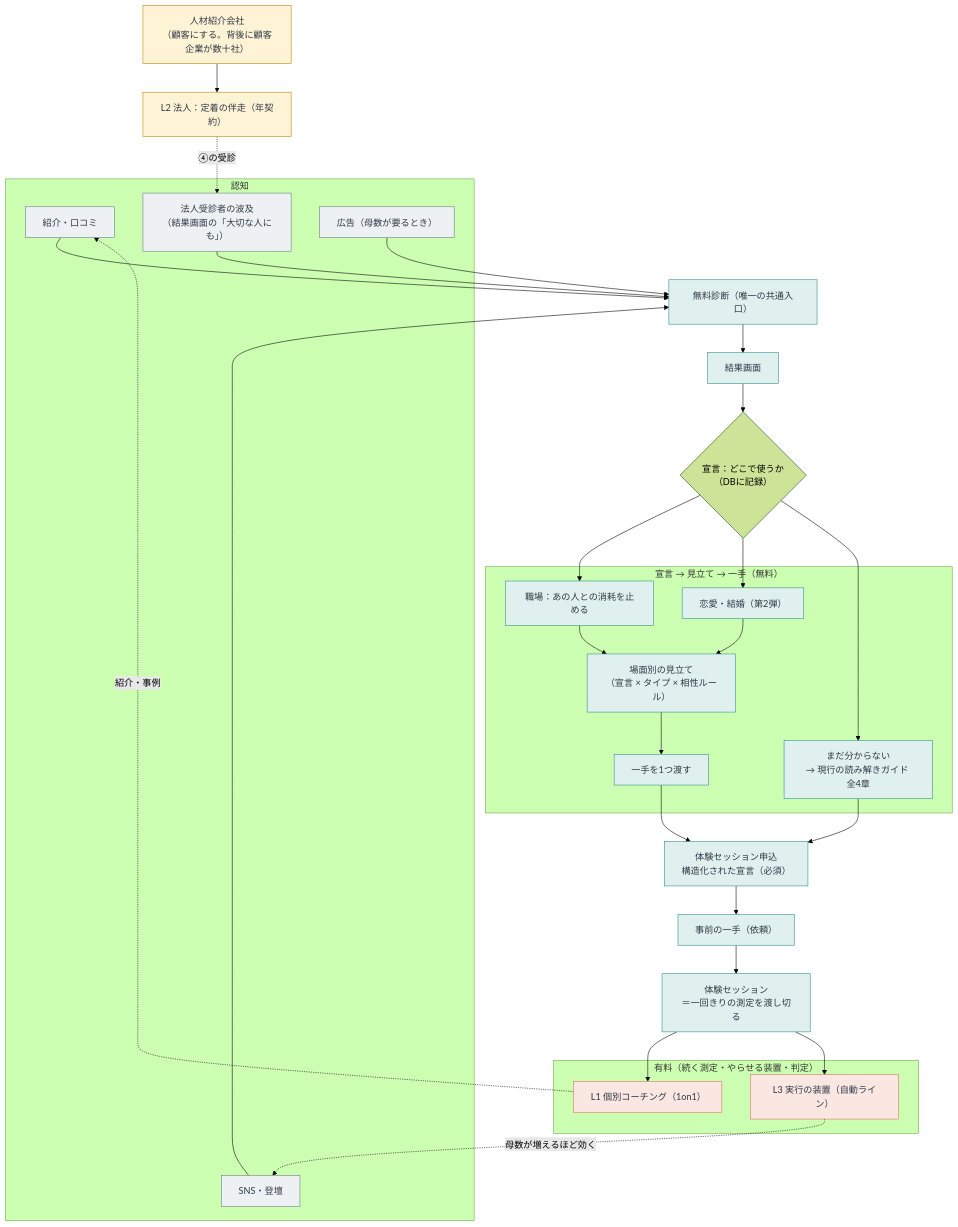
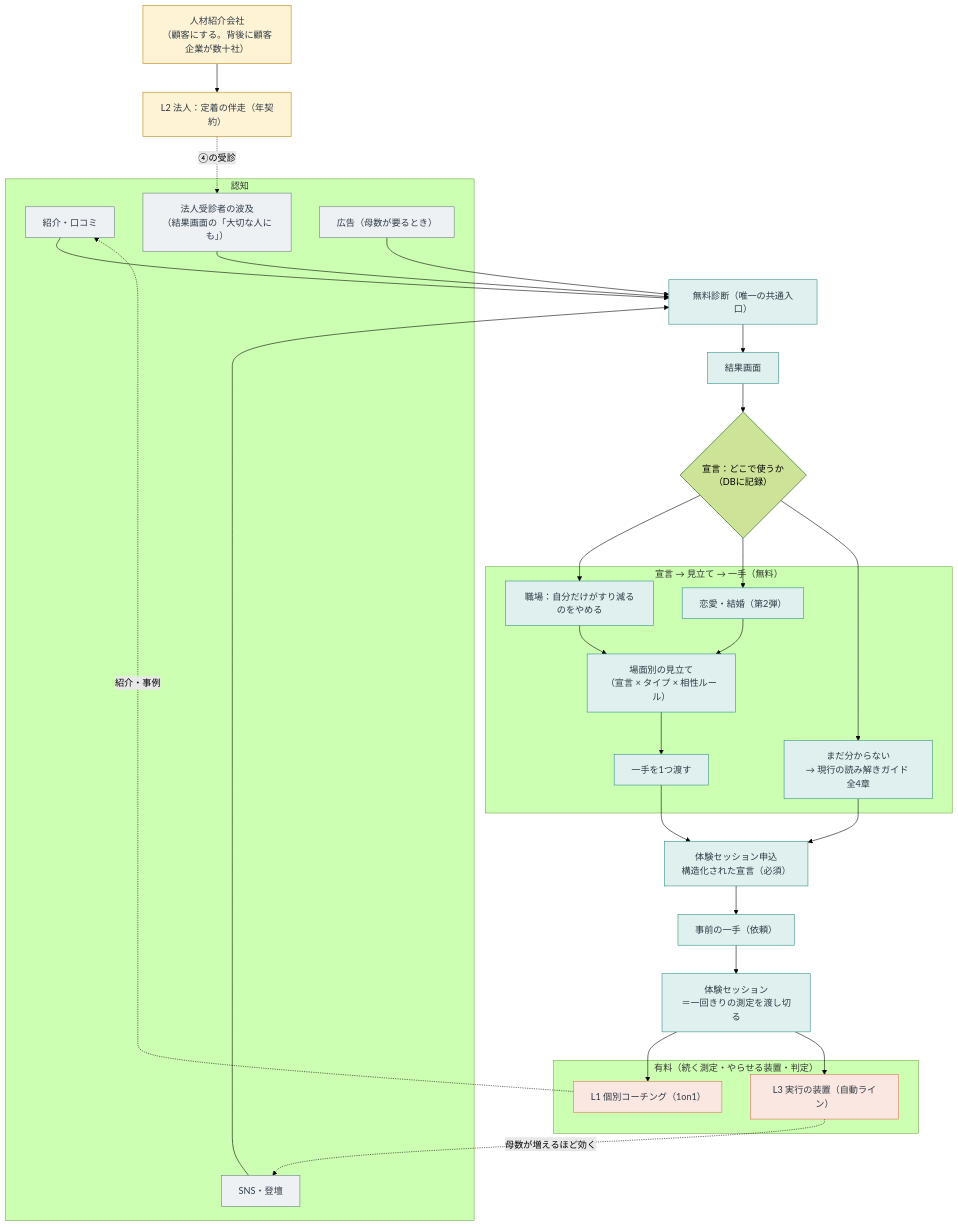
Before and after one commit to yuki-b4/work-relation-quiz: the second of 2 diagrams in 集客戦略マップ.md, drawn with Mermaid (forest theme). The commit also changed other lines of this file and 2 other files, not shown here.

First line of the commit message:
約束の文言を確定した（あの人といるとき、自分だけがすり減るのをやめる）

````diff
--- a/集客戦略マップ.md
+++ b/集客戦略マップ.md
@@ -641,58 +648,58 @@
 ```mermaid
 flowchart TD
   subgraph ACQ["認知"]
     A1["紹介・口コミ"]
     A2["SNS・登壇"]
     A3["法人受診者の波及<br/>（結果画面の「大切な人にも」）"]
     A4["広告（母数が要るとき）"]
   end
 
   Q["無料診断（唯一の共通入口）"]
   R["結果画面"]
   FORK{"宣言：どこで使うか<br/>（DBに記録）"}
 
   subgraph DECL["宣言 → 見立て → 一手（無料）"]
-    W1["職場：あの人との消耗を止める"]
+    W1["職場：自分だけがすり減るのをやめる"]
     W2["恋愛・結婚（第2弾）"]
     W3["まだ分からない<br/>→ 現行の読み解きガイド 全4章"]
     MI["場面別の見立て<br/>（宣言 × タイプ × 相性ルール）"]
     ST["一手を1つ渡す"]
   end
 
   AP["体験セッション申込<br/>構造化された宣言（必須）"]
   PRE["事前の一手（依頼）"]
   SE["体験セッション<br/>＝一回きりの測定を渡し切る"]
 
   subgraph PAID["有料（続く測定・やらせる装置・判定）"]
     L1["L1 個別コーチング（1on1）"]
     L3["L3 実行の装置（自動ライン）"]
   end
 
   L2["L2 法人：定着の伴走（年契約）"]
   AG["人材紹介会社<br/>（顧客にする。背後に顧客企業が数十社）"]
 
   A1 --> Q
   A2 --> Q
   A3 --> Q
   A4 --> Q
   Q --> R --> FORK
   FORK --> W1 --> MI
   FORK --> W2 --> MI
   FORK --> W3 --> AP
   MI --> ST --> AP --> PRE --> SE
   SE --> L1
   SE --> L3
   L1 -.->|"紹介・事例"| A1
   L3 -.->|"母数が増えるほど効く"| A2
   L2 -.->|"④の受診"| A3
   AG --> L2
 
   classDef acq fill:#EEF1F4,stroke:#6B7A87,color:#2E3A46;
   classDef free fill:#E0F0EE,stroke:#2F8F88,color:#2E3A46;
   classDef paid fill:#FBE7E1,stroke:#E2705A,color:#2E3A46;
   classDef b2b fill:#FFF3D6,stroke:#B8860B,color:#2E3A46;
   class A1,A2,A3,A4 acq;
   class Q,R,W1,W2,W3,MI,ST,AP,PRE,SE free;
   class L1,L3 paid;
   class L2,AG b2b;
 ```
````
